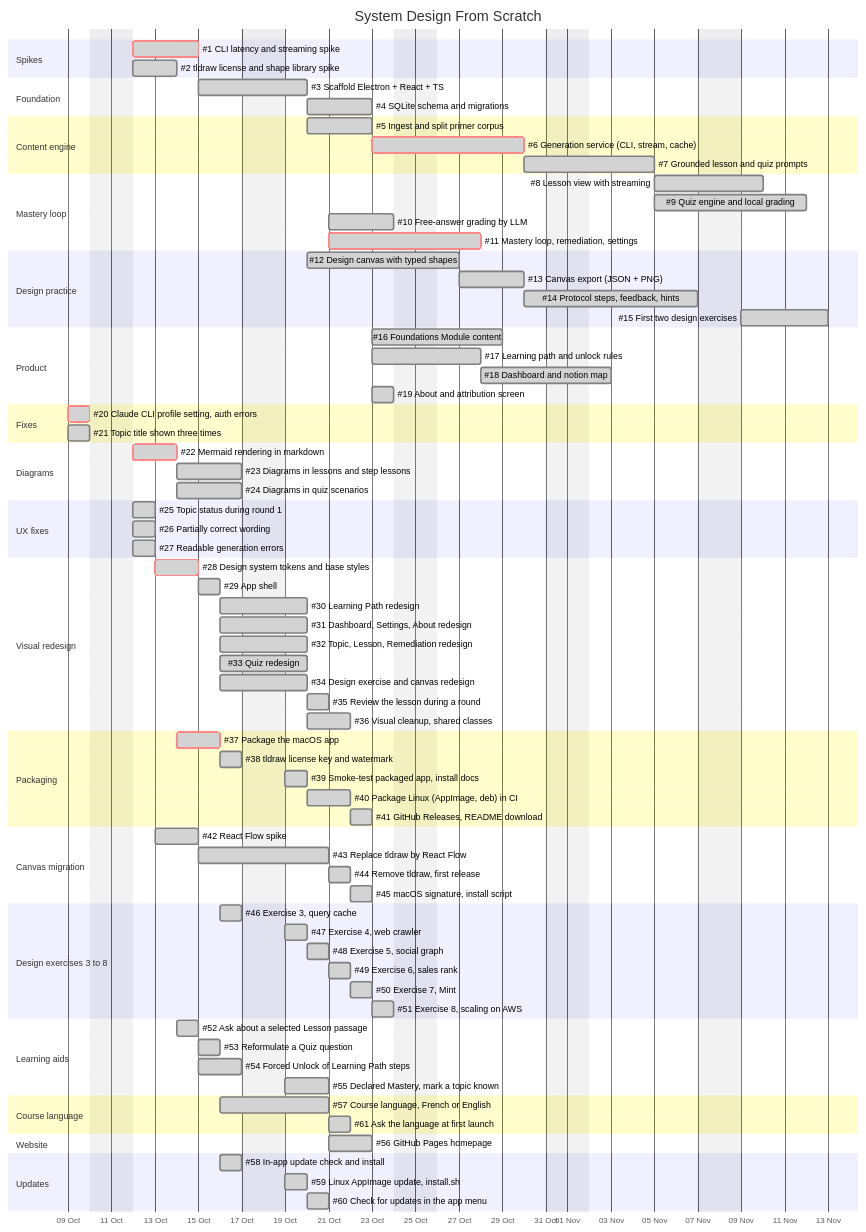
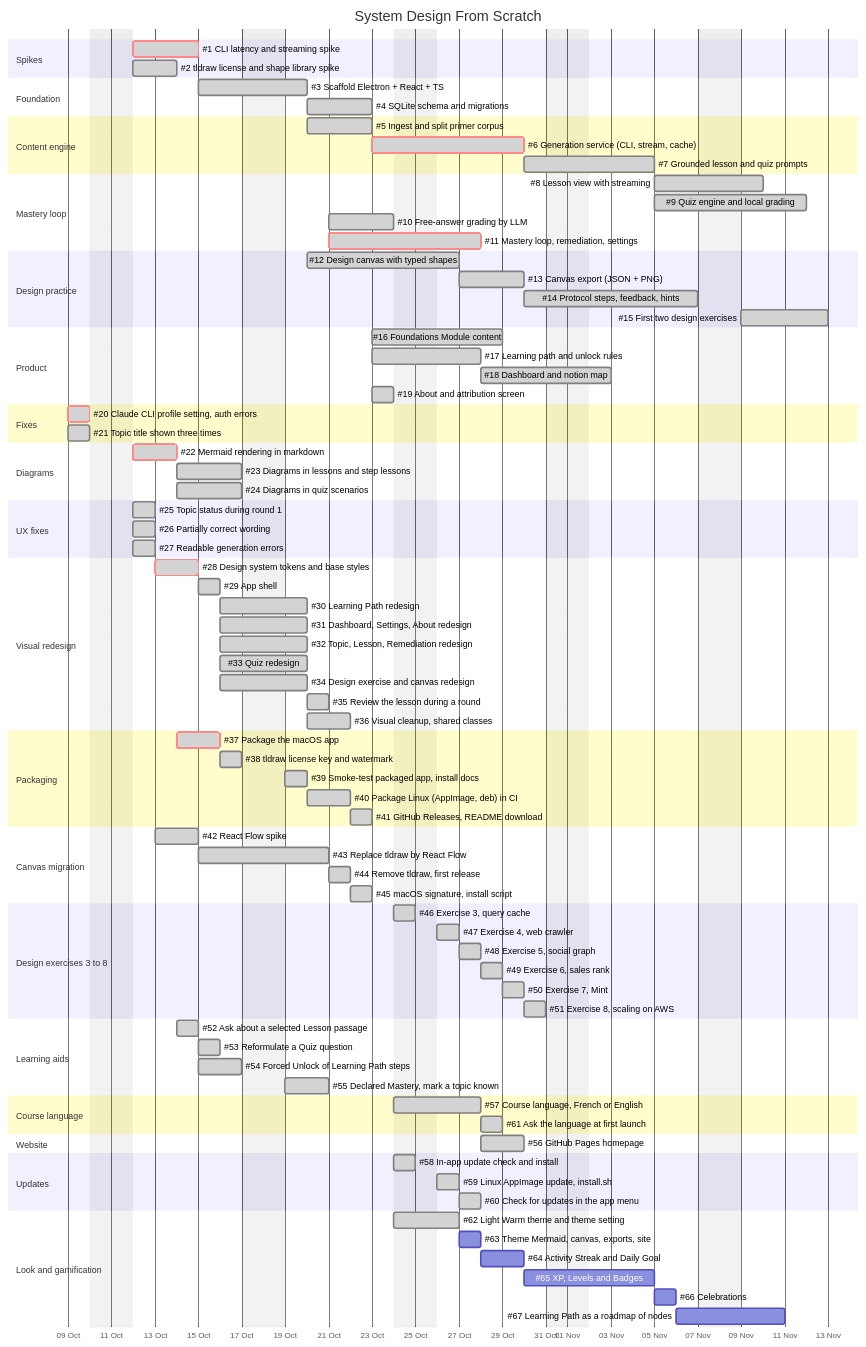
The diagram in docs/ROADMAP.md (jbclaramonte/system-design-from-scratch), drawn with Mermaid before and after one commit. The commit also changed other lines of this file and 33 other files, not shown here.

First line of the commit message:
feat: light Warm theme and theme setting

````diff
--- a/docs/ROADMAP.md
+++ b/docs/ROADMAP.md
@@ -87,7 +87,7 @@
     #45 macOS signature, install script       :done, m4, after m3, 1d
 
     section Design exercises 3 to 8
-    #46 Exercise 3, query cache               :done, e3, 2026-10-16, 1d
+    #46 Exercise 3, query cache               :done, e3, 2026-10-24, 1d
     #47 Exercise 4, web crawler               :done, e4, after e3, 1d
     #48 Exercise 5, social graph              :done, e5, after e4, 1d
     #49 Exercise 6, sales rank                :done, e6, after e5, 1d
@@ -101,14 +101,22 @@
     #55 Declared Mastery, mark a topic known  :done, a4, after a3, 2d
 
     section Course language
-    #57 Course language, French or English    :done, l1, 2026-10-16, 3d
+    #57 Course language, French or English    :done, l1, 2026-10-24, 3d
     #61 Ask the language at first launch      :done, l2, after l1, 1d
 
     section Website
     #56 GitHub Pages homepage                 :done, w1, after l1, 2d
 
     section Updates
-    #58 In-app update check and install       :done, u1, 2026-10-16, 1d
+    #58 In-app update check and install       :done, u1, 2026-10-24, 1d
     #59 Linux AppImage update, install.sh     :done, u2, after u1, 1d
     #60 Check for updates in the app menu     :done, u3, after u2, 1d
+
+    section Look and gamification
+    #62 Light Warm theme and theme setting    :done, t1, 2026-10-24, 2d
+    #63 Theme Mermaid, canvas, exports, site  :t2, after t1, 1d
+    #64 Activity Streak and Daily Goal        :t3, after t2, 2d
+    #65 XP, Levels and Badges                 :t4, after t3, 4d
+    #66 Celebrations                          :t5, after t4, 1d
+    #67 Learning Path as a roadmap of nodes   :t6, after t5, 3d
 ```
````
